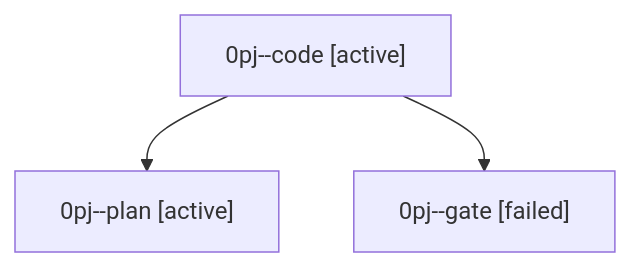
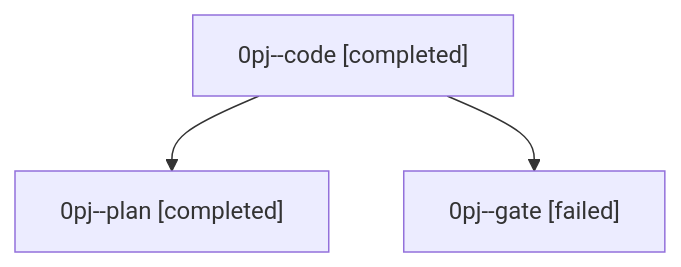
One commit to sase-org/sase--agents changed the diagram in families/bbugyi200.athena.0pj.md. Above: the diagram before and after it, drawn with Mermaid. The commit also changed other lines of this file and 14 other files, not shown here.

````diff
--- a/families/bbugyi200.athena.0pj.md
+++ b/families/bbugyi200.athena.0pj.md
@@ -9,8 +9,8 @@
 ```mermaid
 flowchart TD
-  n0["0pj--code [active]"]
-  n1["0pj--plan [active]"]
+  n0["0pj--code [completed]"]
+  n1["0pj--plan [completed]"]
   n0 --> n1
   n2["0pj--gate [failed]"]
   n0 --> n2
 ```
````
